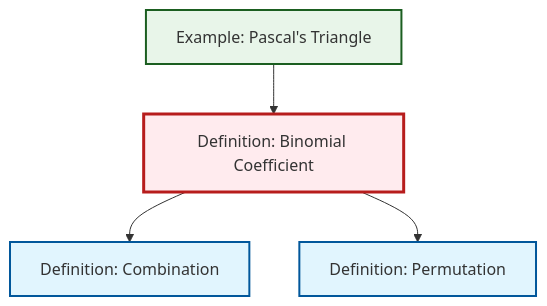
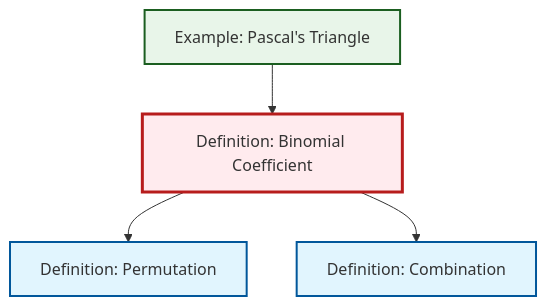
The diagram in content/en/combinatorics/def-binomial-coefficient.qmd (RK0429/ModernMath), drawn with Mermaid before and after one commit. The commit also changed other lines of this file and 530 other files, not shown here.

````diff
--- a/content/en/combinatorics/def-binomial-coefficient.qmd
+++ b/content/en/combinatorics/def-binomial-coefficient.qmd
@@ -63,20 +63,20 @@
 ```{mermaid}
 %%| fig-cap: "Local dependency graph"
 graph TD
     classDef definition fill:#e1f5fe,stroke:#01579b,stroke-width:2px
     classDef theorem fill:#f3e5f5,stroke:#4a148c,stroke-width:2px
     classDef axiom fill:#fff3e0,stroke:#e65100,stroke-width:2px
     classDef example fill:#e8f5e9,stroke:#1b5e20,stroke-width:2px
     classDef current fill:#ffebee,stroke:#b71c1c,stroke-width:3px
+    def-binomial-coefficient["Definition: Binomial Coefficient"]:::definition
+    def-combination["Definition: Combination"]:::definition
     def-permutation["Definition: Permutation"]:::definition
     ex-pascals-triangle["Example: Pascal's Triangle"]:::example
-    def-combination["Definition: Combination"]:::definition
-    def-binomial-coefficient["Definition: Binomial Coefficient"]:::definition
+    def-binomial-coefficient --> def-permutation
+    ex-pascals-triangle --> def-binomial-coefficient
     def-binomial-coefficient --> def-combination
-    ex-pascals-triangle --> def-binomial-coefficient
-    def-binomial-coefficient --> def-permutation
     class def-binomial-coefficient current
+    click def-combination "def-combination.html" "Go to Combination definition"
     click def-permutation "def-permutation.html" "Go to Permutation definition"
     click ex-pascals-triangle "ex-pascals-triangle.html" "Go to Pascal's Triangle example"
-    click def-combination "def-combination.html" "Go to Combination definition"
 ```
````
